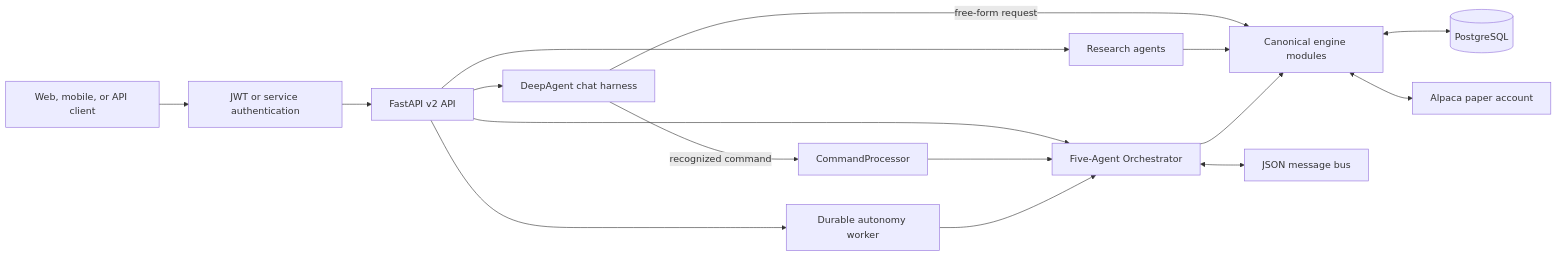
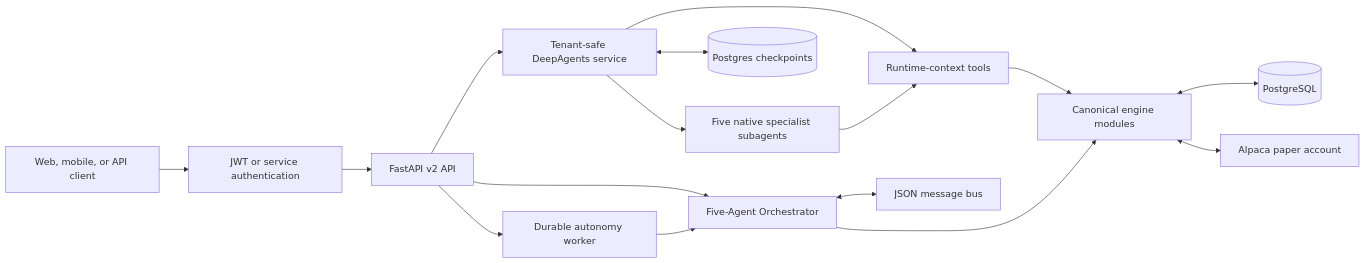
The first of 5 diagrams in docs/agent_architecture.md (predictivelabsai/alpatrade), drawn with Mermaid before and after one commit. The commit also changed other lines of this file and 33 other files, not shown here.

Commit message:
feat(api): add tenant-safe DeepAgents endpoint

````diff
--- a/docs/agent_architecture.md
+++ b/docs/agent_architecture.md
@@ -10,30 +11,31 @@
 ```mermaid
 flowchart LR
     Client[Web, mobile, or API client]
     Auth[JWT or service authentication]
     API[FastAPI v2 API]
-    Chat[DeepAgent chat harness]
-    CP[CommandProcessor]
-    Research[Research agents]
+    Chat[Tenant-safe DeepAgents service]
+    Specialists[Five native specialist subagents]
+    Tools[Runtime-context tools]
+    Checkpoint[(Postgres checkpoints)]
     Orch[Five-Agent Orchestrator]
     Auto[Durable autonomy worker]
     Engine[Canonical engine modules]
     DB[(PostgreSQL)]
     Alpaca[Alpaca paper account]
     Bus[JSON message bus]
 
     Client --> Auth --> API
     API --> Chat
-    API --> Research
+    Chat --> Specialists
+    Chat --> Tools
+    Chat <--> Checkpoint
     API --> Orch
     API --> Auto
-    Chat -->|recognized command| CP
-    Chat -->|free-form request| Engine
-    CP --> Orch
-    Research --> Engine
+    Specialists --> Tools
+    Tools --> Engine
     Orch --> Engine
     Auto --> Orch
     Orch <--> Bus
     Engine <--> DB
     Engine <--> Alpaca
 ```
````
